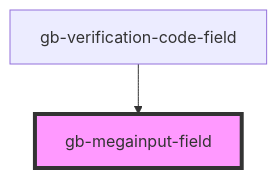
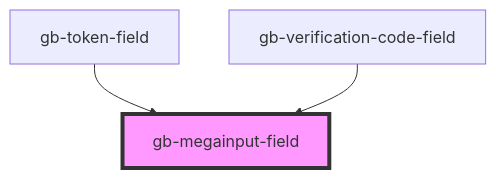
One commit to Emmanuel1858/globusComponent changed the diagram in src/components/gb-megainput-field-base/readme.md. Above: the diagram before and after it, drawn with Mermaid. The commit also changed other lines of this file and 27 other files, not shown here.

````diff
--- a/src/components/gb-megainput-field-base/readme.md
+++ b/src/components/gb-megainput-field-base/readme.md
@@ -23,5 +24,6 @@
 ```mermaid
 graph TD;
+  gb-token-field --> gb-megainput-field
   gb-verification-code-field --> gb-megainput-field
   style gb-megainput-field fill:#f9f,stroke:#333,stroke-width:4px
 ```
````
